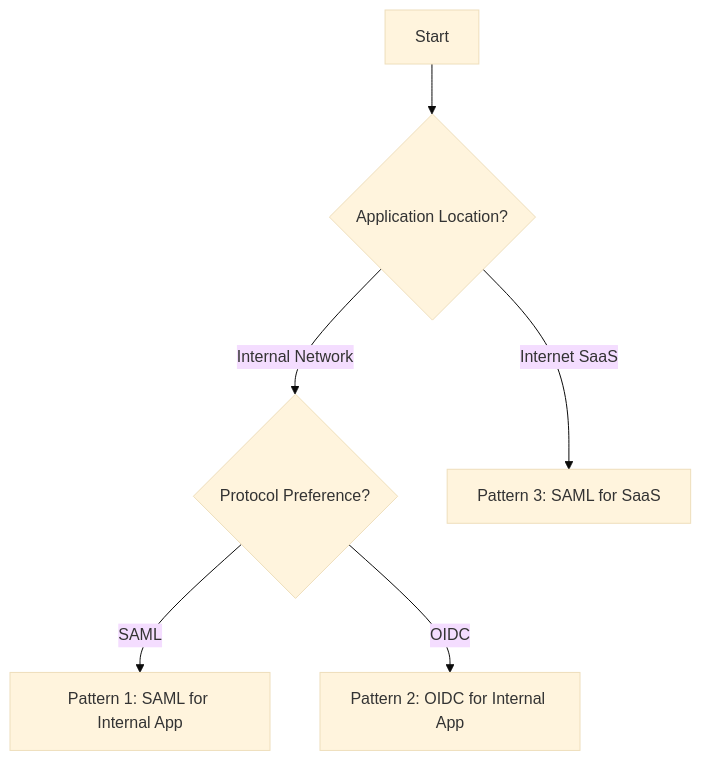
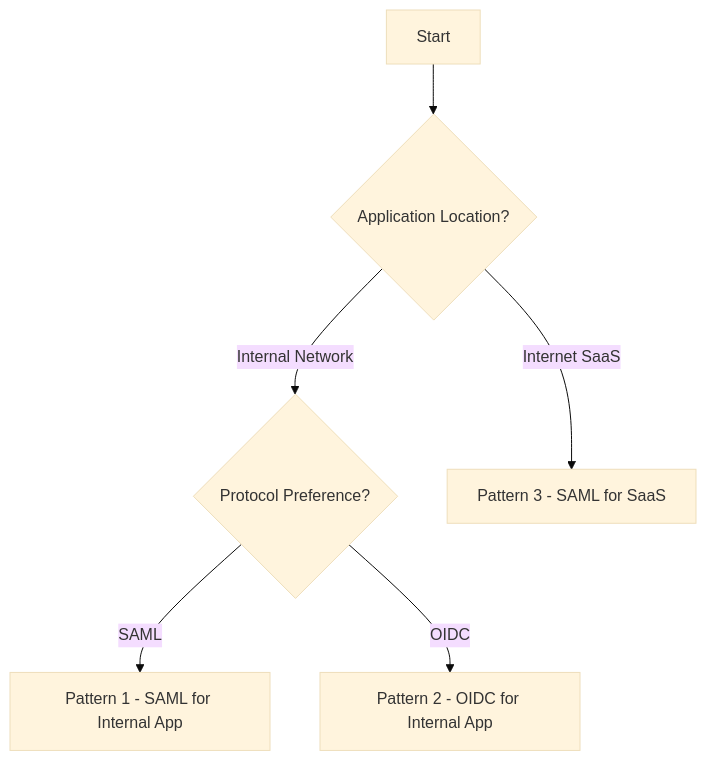
One commit to neoalienson/architect_library changed the seventh of 8 diagrams in design_patterns/security/sso.md. Above: the diagram before and after it, drawn with Mermaid (base theme). The commit also changed other lines of this file and 1 other file, not shown here.

````diff
--- a/design_patterns/security/sso.md
+++ b/design_patterns/security/sso.md
@@ -138,8 +138,8 @@
 ```mermaid
 flowchart TD
     Start[Start] --> Q1{Application Location?}
     Q1 -->|Internal Network| Q2{Protocol Preference?}
-    Q2 -->|SAML| Pattern1[Pattern 1: SAML for Internal App]
-    Q2 -->|OIDC| Pattern2[Pattern 2: OIDC for Internal App]
-    Q1 -->|Internet SaaS| Pattern3[Pattern 3: SAML for SaaS]
+    Q2 -->|SAML| Pattern1[Pattern 1 - SAML for Internal App]
+    Q2 -->|OIDC| Pattern2[Pattern 2 - OIDC for Internal App]
+    Q1 -->|Internet SaaS| Pattern3[Pattern 3 - SAML for SaaS]
 ```
````
